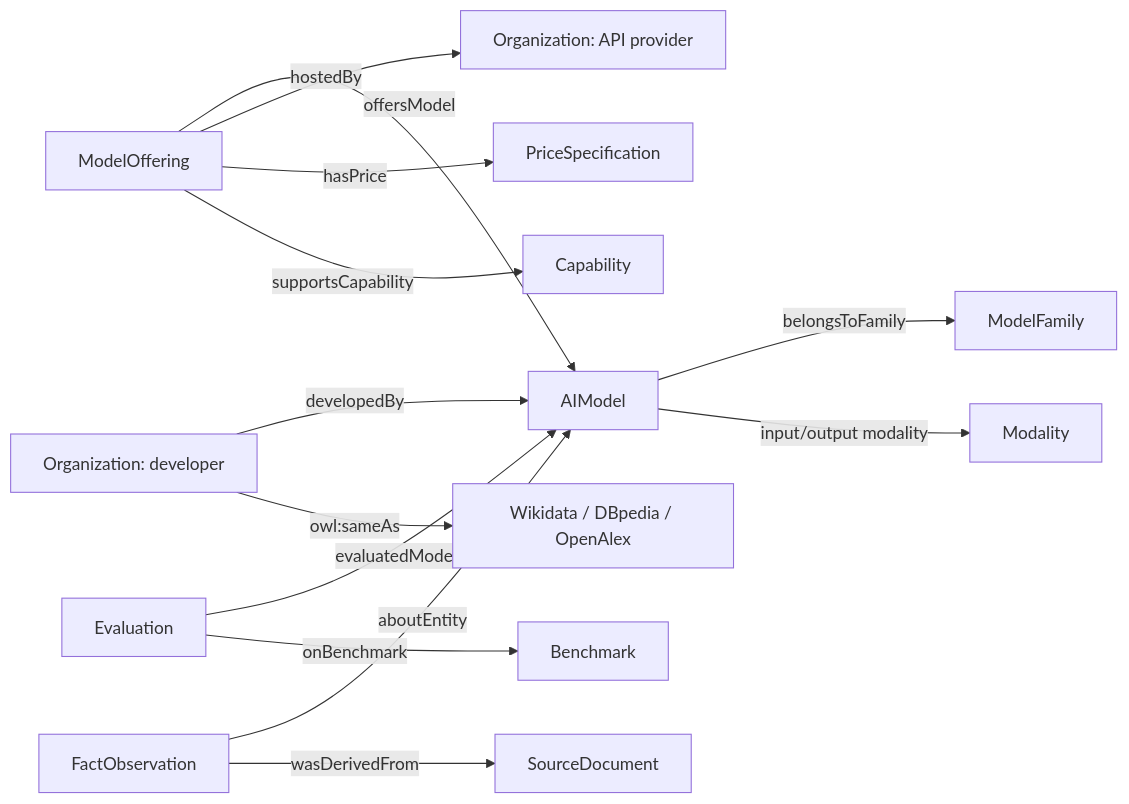
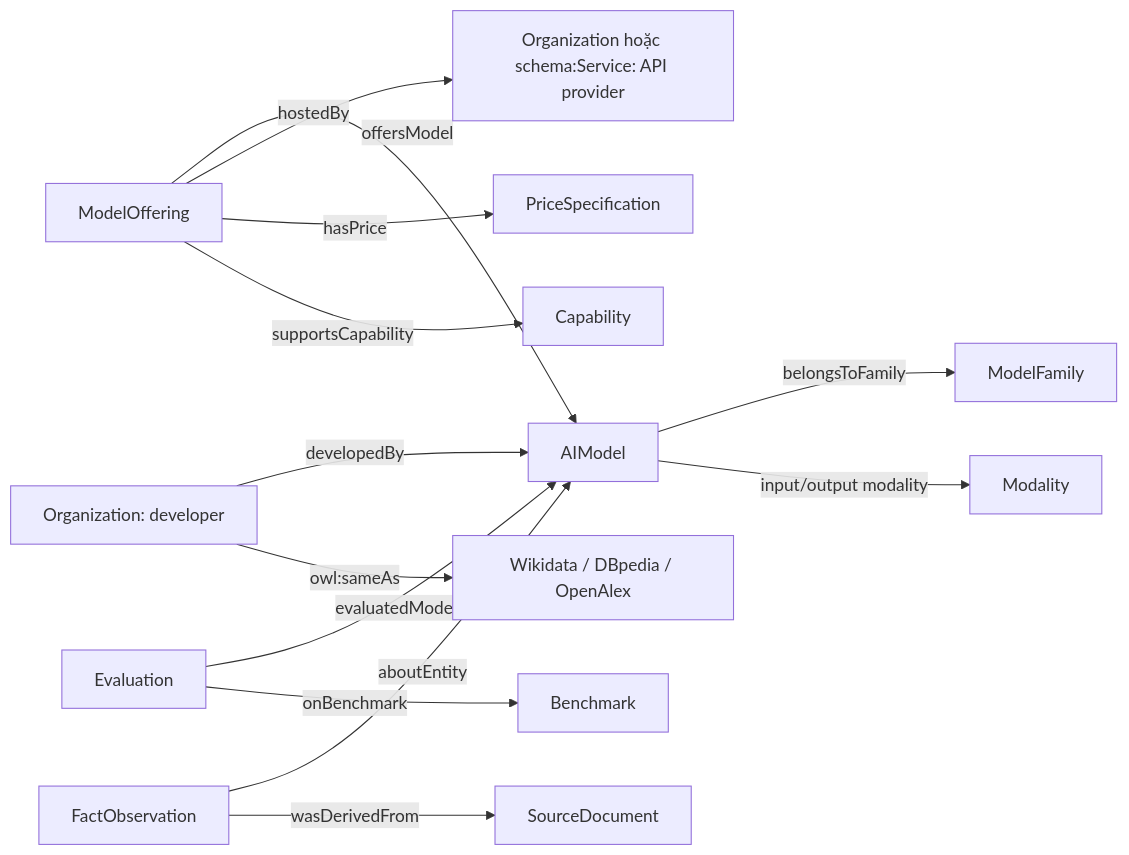
Before and after one commit to BroDSMaster/semantic-web-ai-models: the first of 9 diagrams in report.md, drawn with Mermaid. The commit also changed other lines of this file and 74 other files, not shown here.

````diff
--- a/report.md
+++ b/report.md
@@ -25,15 +25,15 @@
 ```mermaid
 flowchart LR
   DEV[Organization: developer] -->|developedBy| MODEL[AIModel]
   MODEL -->|belongsToFamily| FAMILY[ModelFamily]
   OFFER[ModelOffering] -->|offersModel| MODEL
-  OFFER -->|hostedBy| HOST[Organization: API provider]
+  OFFER -->|hostedBy| HOST[Organization hoặc schema:Service: API provider]
   OFFER -->|hasPrice| PRICE[PriceSpecification]
   OFFER -->|supportsCapability| CAP[Capability]
   MODEL -->|input/output modality| MOD[Modality]
   EVAL[Evaluation] -->|evaluatedModel| MODEL
   EVAL -->|onBenchmark| BENCH[Benchmark]
   OBS[FactObservation] -->|aboutEntity| MODEL
   OBS -->|wasDerivedFrom| DOC[SourceDocument]
   DEV -->|owl:sameAs| EXT[Wikidata / DBpedia / OpenAlex]
 ```
````
